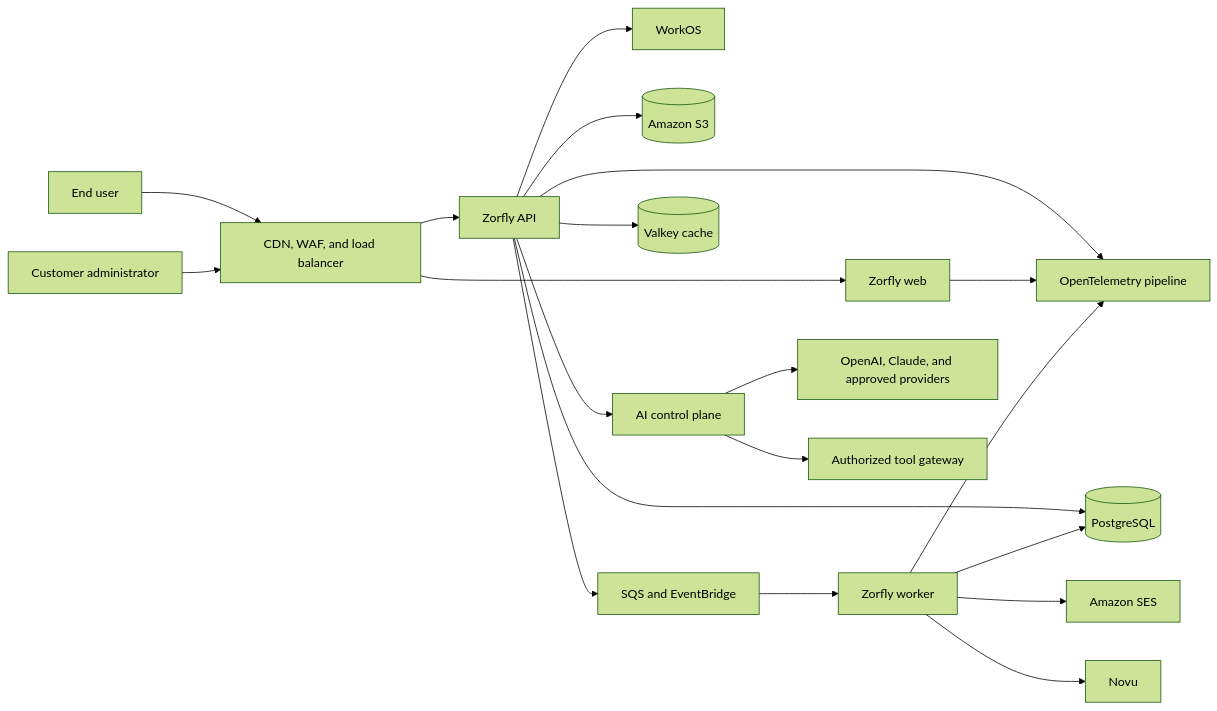
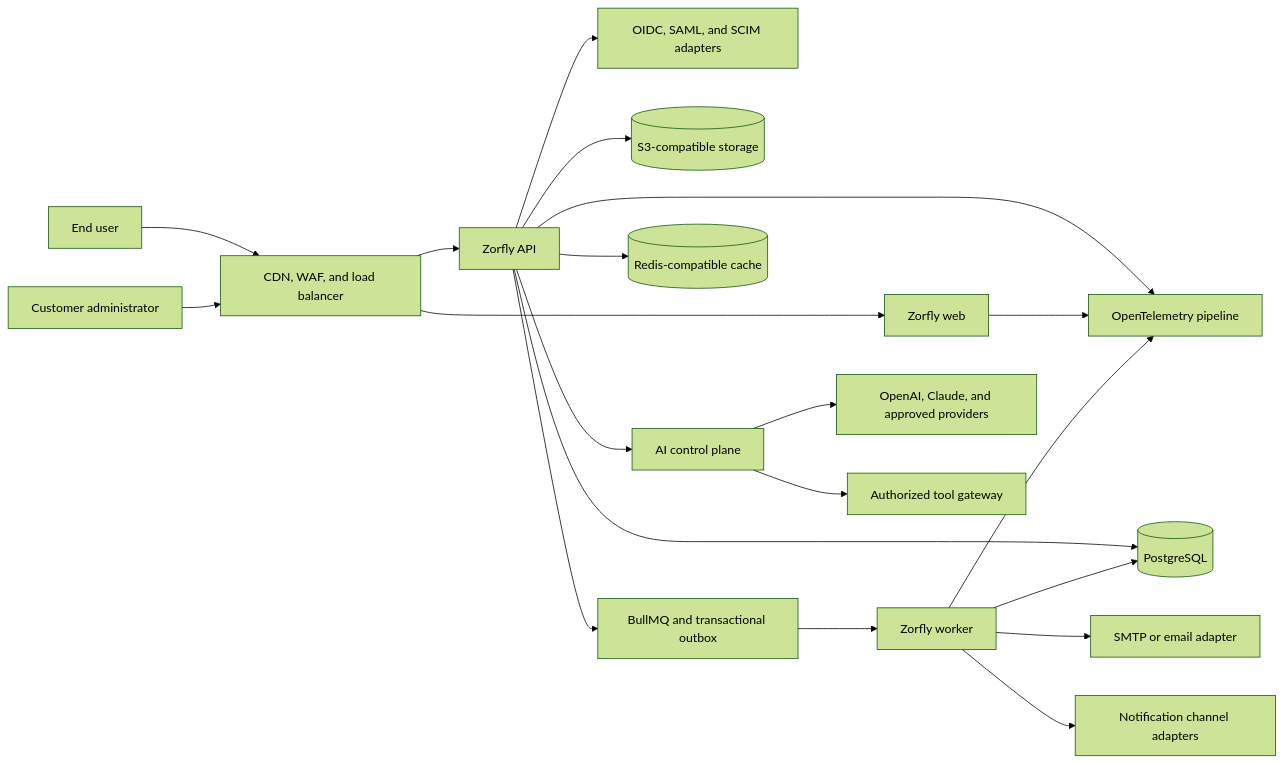
One commit to dhrubojyoti-1xl/zorfly changed the diagram in docs/ARCHITECTURE.md. Above: the diagram before and after it, drawn with Mermaid (forest theme). The commit also changed other lines of this file and 165 other files, not shown here.

````diff
--- a/docs/ARCHITECTURE.md
+++ b/docs/ARCHITECTURE.md
@@ -32,22 +32,22 @@
 ```mermaid
 flowchart LR
     User["End user"] --> Edge["CDN, WAF, and load balancer"]
     Admin["Customer administrator"] --> Edge
     Edge --> Web["Zorfly web"]
     Edge --> API["Zorfly API"]
-    API --> Identity["WorkOS"]
+    API --> Identity["OIDC, SAML, and SCIM adapters"]
     API --> DB[("PostgreSQL")]
-    API --> Objects[("Amazon S3")]
-    API --> Queue["SQS and EventBridge"]
-    API --> Cache[("Valkey cache")]
+    API --> Objects[("S3-compatible storage")]
+    API --> Queue["BullMQ and transactional outbox"]
+    API --> Cache[("Redis-compatible cache")]
     API --> AI["AI control plane"]
     Queue --> Worker["Zorfly worker"]
     AI --> Models["OpenAI, Claude, and approved providers"]
     AI --> Tools["Authorized tool gateway"]
     Worker --> DB
-    Worker --> Email["Amazon SES"]
-    Worker --> Notify["Novu"]
+    Worker --> Email["SMTP or email adapter"]
+    Worker --> Notify["Notification channel adapters"]
     API --> Telemetry["OpenTelemetry pipeline"]
     Web --> Telemetry
     Worker --> Telemetry
 ```
````
